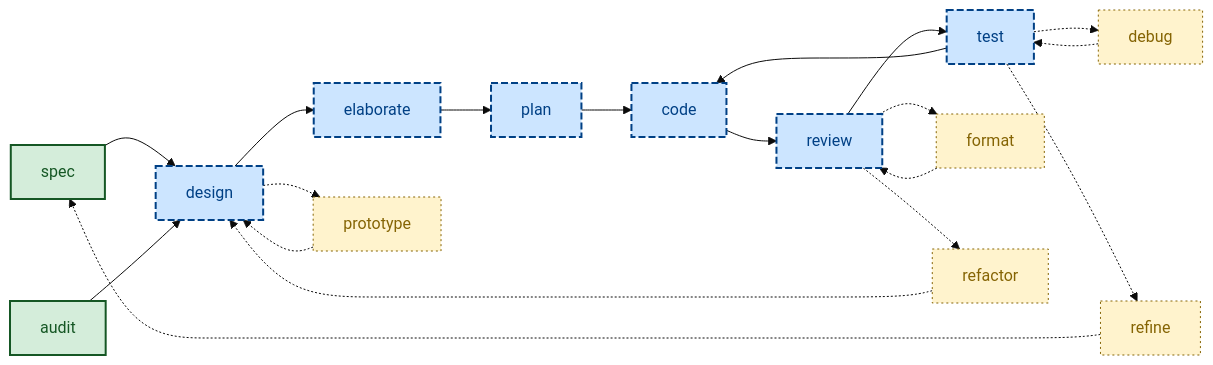
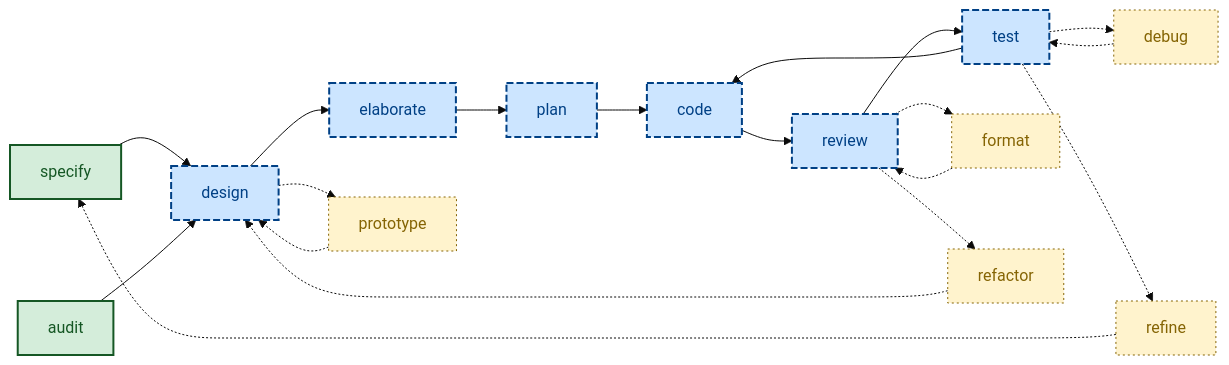
Before and after one commit to kieranpotts/skills: the diagram in README.md, drawn with Mermaid (base theme). The commit also changed other lines of this file and 17 other files, not shown here.

Commit message:
feature: rename spec to specify

````diff
--- a/README.md
+++ b/README.md
@@ -31,33 +31,33 @@
 ```mermaid
 flowchart LR
   %% Starting points.
-  spec:::start --> design
+  specify:::start --> design
   audit:::start --> design
 
   %% Main workflow sequence.
   design:::main --> elaborate
   elaborate:::main --> plan
   plan:::main --> code
   code:::main --> review
   review:::main --> test
   test:::main --> code
 
   %% Small iterative cycles.
   design -.-> prototype:::secondary
   prototype -.-> design
   review -.-> format:::secondary
   format -.-> review
   test -.-> debug:::secondary
   debug -.-> test
 
   %% Big feedback loops.
   review -.-> refactor:::secondary
   refactor -.-> design
   test -.-> refine:::secondary
-  refine -.-> spec
+  refine -.-> specify
 
   %% Class definitions.
   classDef start fill:#d4edda,stroke:#155724,color:#155724,stroke-width:2px
   classDef main fill:#cce5ff,stroke:#004085,color:#004085,stroke-width:2px,stroke-dasharray:7 3
   classDef secondary fill:#fff3cd,stroke:#856404,color:#856404,stroke-width:1px,stroke-dasharray:2 3
 ```
````
